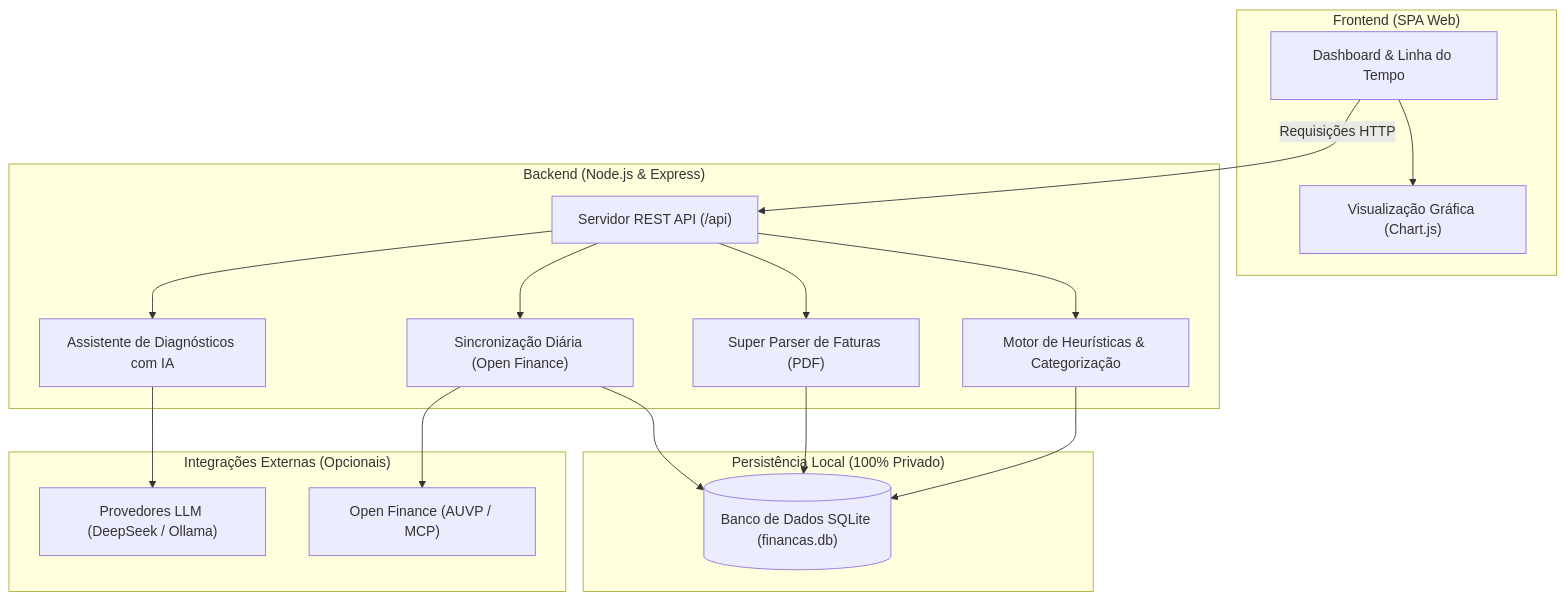
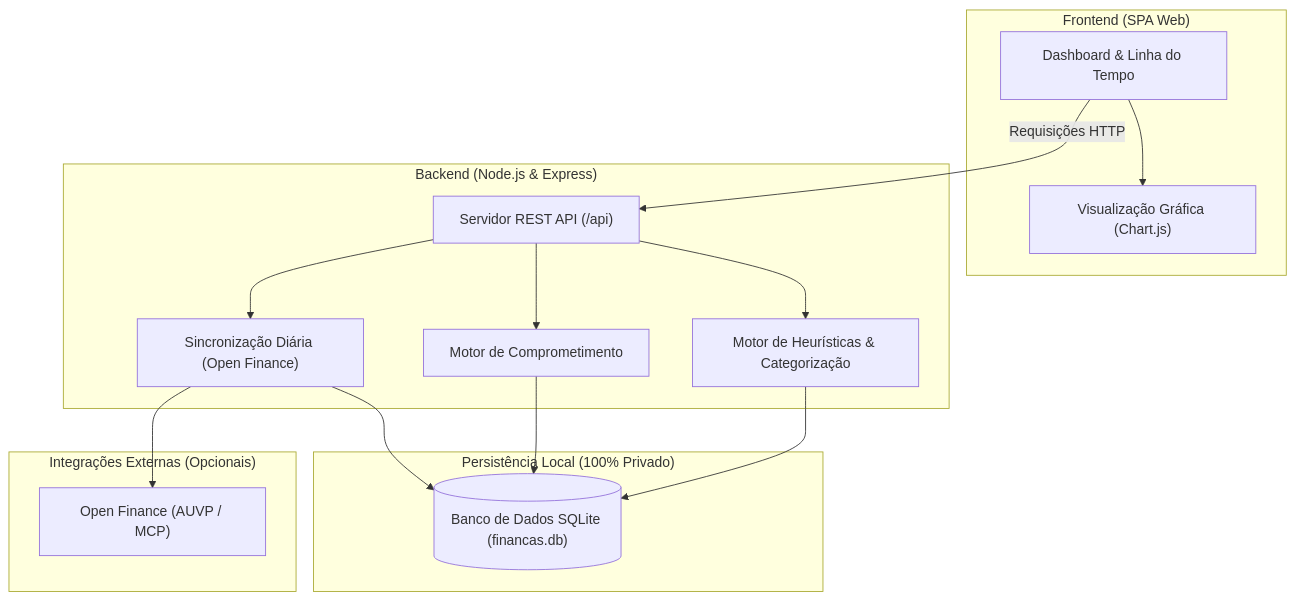
The diagram in README.md (EvanderLucena/leftover-finance), drawn with Mermaid before and after one commit. The commit also changed other lines of this file and 23 other files, not shown here.

````diff
--- a/README.md
+++ b/README.md
@@ -71,38 +67,34 @@
 ```mermaid
 flowchart TD
     subgraph C1["Frontend (SPA Web)"]
         UI["Dashboard & Linha do Tempo"]
         Charts["Visualização Gráfica (Chart.js)"]
         UI --> Charts
     end
 
     subgraph C2["Backend (Node.js & Express)"]
         API["Servidor REST API (/api)"]
         Rules["Motor de Heurísticas & Categorização"]
-        Parser["Super Parser de Faturas (PDF)"]
+        Motor["Motor de Comprometimento"]
         Sync["Sincronização Diária (Open Finance)"]
-        AI["Assistente de Diagnósticos com IA"]
 
         API --> Rules
-        API --> Parser
+        API --> Motor
         API --> Sync
-        API --> AI
     end
 
     subgraph C3["Persistência Local (100% Privado)"]
         DB[("Banco de Dados SQLite (financas.db)")]
     end
 
     subgraph C4["Integrações Externas (Opcionais)"]
         AUVP["Open Finance (AUVP / MCP)"]
-        LLM["Provedores LLM (DeepSeek / Ollama)"]
     end
 
     UI -->|Requisições HTTP| API
     Rules --> DB
-    Parser --> DB
+    Motor --> DB
     Sync --> DB
 
     Sync --> AUVP
-    AI --> LLM
 ```
````
